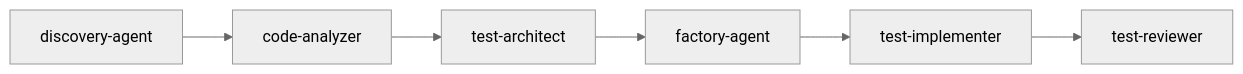
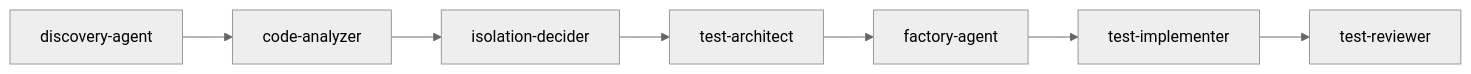
Before and after one commit to AlexeyMatskevich/rspec-guide: the first of 3 diagrams in plugins/rspec-testing/docs/agent-communication.md, drawn with Mermaid (neutral theme). The commit also changed other lines of this file and 10 other files, not shown here.

First line of the commit message:
Add isolation-decider agent for test level determination

````diff
--- a/plugins/rspec-testing/docs/agent-communication.md
+++ b/plugins/rspec-testing/docs/agent-communication.md
@@ -46,8 +46,9 @@
 ```mermaid
 flowchart LR
     A[discovery-agent] --> B[code-analyzer]
-    B --> C[test-architect]
-    C --> D[factory-agent]
-    D --> E[test-implementer]
-    E --> F[test-reviewer]
+    B --> C[isolation-decider]
+    C --> D[test-architect]
+    D --> E[factory-agent]
+    E --> F[test-implementer]
+    F --> G[test-reviewer]
 ```
````
